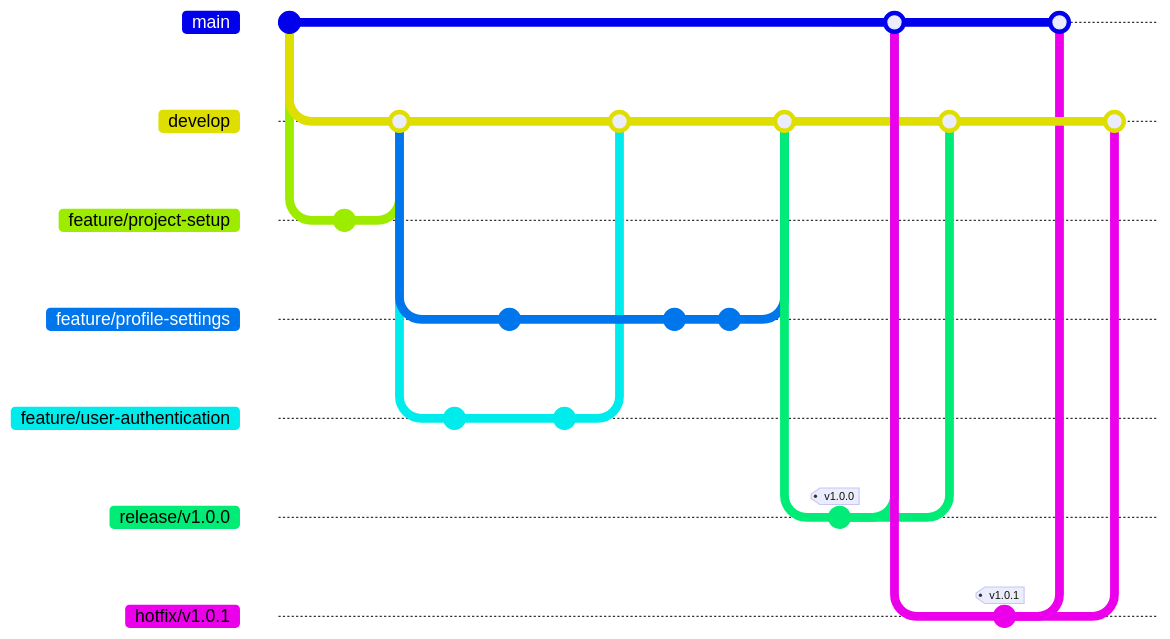
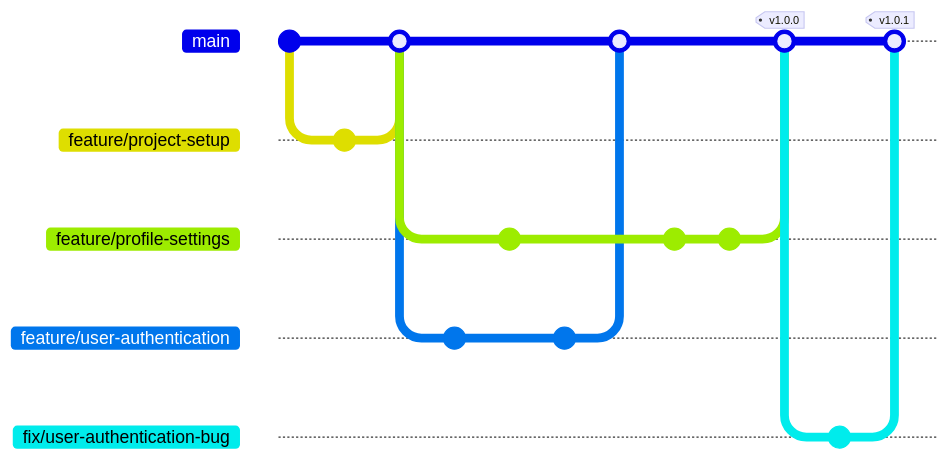
One commit to chagins/git-flows changed the diagram in README.md. Above: the diagram before and after it, drawn with Mermaid. The commit also changed other lines of this file, not shown here. Commit ids are hidden.

````diff
--- a/README.md
+++ b/README.md
@@ -33,39 +32,26 @@
 ```mermaid
   gitGraph
    commit
-   branch develop
-   checkout develop
    branch feature/project-setup
    commit
-   checkout develop
+   checkout main
    merge feature/project-setup
    branch feature/profile-settings
    branch feature/user-authentication
    commit
    checkout feature/profile-settings
    commit
    checkout feature/user-authentication
    commit
-   checkout develop
+   checkout main
    merge feature/user-authentication
    checkout feature/profile-settings
    commit
    commit
-   checkout develop
-   merge feature/profile-settings
-   branch release/v1.0.0
-   checkout release/v1.0.0
-   commit tag: "v1.0.0"
    checkout main
-   merge release/v1.0.0 id: "Merge release/v1.0.0 to main"
-   checkout develop
-   merge release/v1.0.0 id: "Merge release/v1.0.0 to develop"
+   merge feature/profile-settings tag: "v1.0.0"
+   branch fix/user-authentication-bug
+   commit
    checkout main
-   branch hotfix/v1.0.1
-   checkout hotfix/v1.0.1
-   commit tag: "v1.0.1"
-   checkout main
-   merge hotfix/v1.0.1
-   checkout develop
-   merge hotfix/v1.0.1
+   merge fix/user-authentication-bug tag: "v1.0.1"
 ```
````
